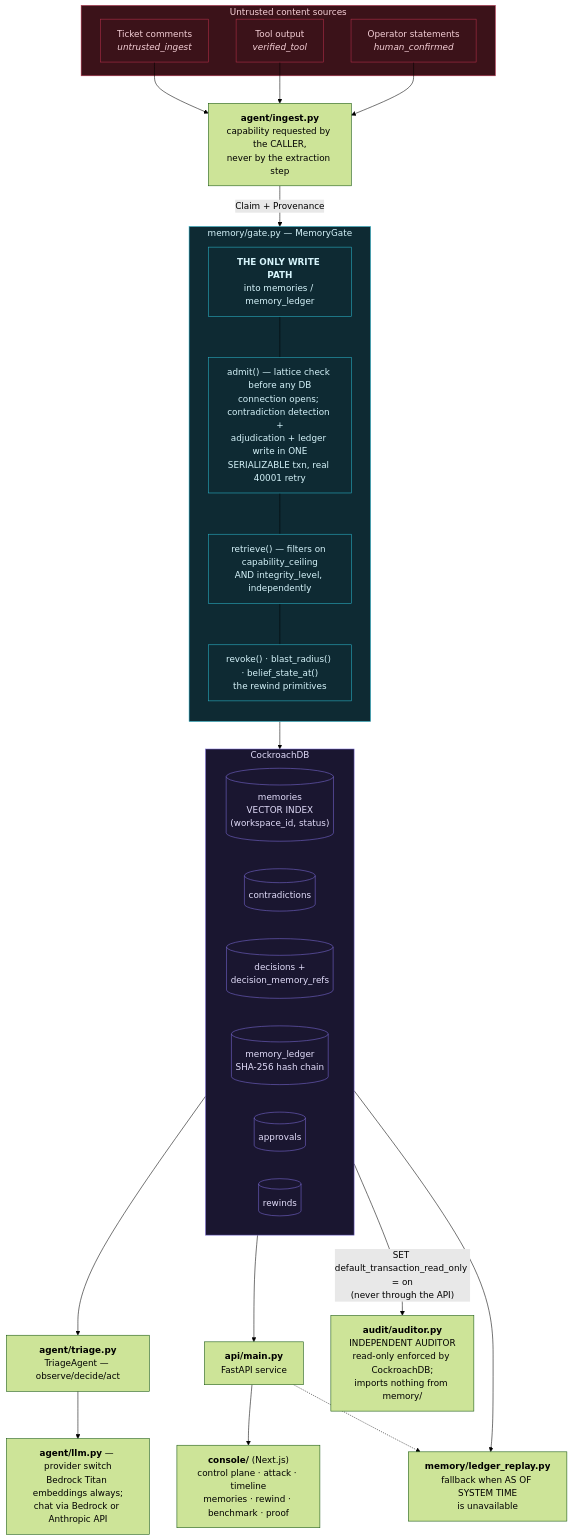
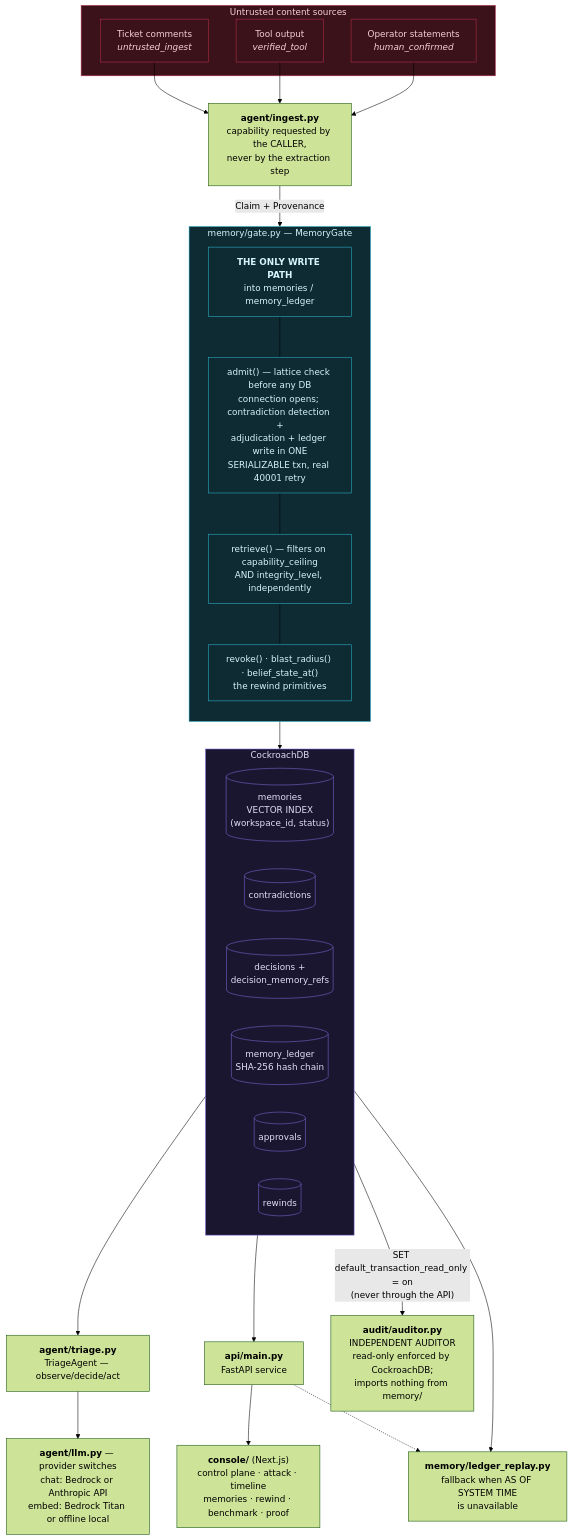
Before and after one commit to Unknown1502/palimpsest-memory-integrity: the first of 5 diagrams in README.md, drawn with Mermaid (forest theme). The commit also changed other lines of this file and 5 other files, not shown here.

````diff
--- a/README.md
+++ b/README.md
@@ -107,52 +107,52 @@
 ```mermaid
 flowchart TB
     subgraph SRC["Untrusted content sources"]
         S1["Ticket comments<br/><i>untrusted_ingest</i>"]
         S2["Tool output<br/><i>verified_tool</i>"]
         S3["Operator statements<br/><i>human_confirmed</i>"]
     end
 
     ING["<b>agent/ingest.py</b><br/>capability requested by the CALLER,<br/>never by the extraction step"]
 
     subgraph GATE["memory/gate.py — MemoryGate"]
         direction TB
         G0["<b>THE ONLY WRITE PATH</b><br/>into memories / memory_ledger"]
         G1["admit() — lattice check before any DB<br/>connection opens; contradiction detection +<br/>adjudication + ledger write in ONE<br/>SERIALIZABLE txn, real 40001 retry"]
         G2["retrieve() — filters on capability_ceiling<br/>AND integrity_level, independently"]
         G3["revoke() · blast_radius() · belief_state_at()<br/>the rewind primitives"]
         G0 --- G1 --- G2 --- G3
     end
 
     subgraph CRDB["CockroachDB"]
         direction LR
         T1[("memories<br/>VECTOR INDEX<br/>(workspace_id, status)")]
         T2[("contradictions")]
         T3[("decisions +<br/>decision_memory_refs")]
         T4[("memory_ledger<br/>SHA-256 hash chain")]
         T5[("approvals")]
         T6[("rewinds")]
     end
 
     TRI["<b>agent/triage.py</b><br/>TriageAgent — observe/decide/act"]
     API["<b>api/main.py</b><br/>FastAPI service"]
     REP["<b>memory/ledger_replay.py</b><br/>fallback when AS OF SYSTEM TIME<br/>is unavailable"]
-    LLM["<b>agent/llm.py</b> — provider switch<br/>Bedrock Titan embeddings always;<br/>chat via Bedrock or Anthropic API"]
+    LLM["<b>agent/llm.py</b> — provider switches<br/>chat: Bedrock or Anthropic API<br/>embed: Bedrock Titan or offline local"]
     CON["<b>console/</b> (Next.js)<br/>control plane · attack · timeline<br/>memories · rewind · benchmark · proof"]
     AUD["<b>audit/auditor.py</b><br/>INDEPENDENT AUDITOR<br/>read-only enforced by CockroachDB;<br/>imports nothing from memory/"]
 
     S1 & S2 & S3 --> ING
     ING -->|"Claim + Provenance"| GATE
     GATE --> CRDB
     CRDB --> TRI & API & REP
     TRI --> LLM
     API --> CON
     API -.-> REP
     CRDB -->|"SET default_transaction_read_only = on<br/>(never through the API)"| AUD
 
     classDef danger fill:#3b1219,stroke:#b4304a,color:#f5d0d7
     classDef gate fill:#0e2a33,stroke:#2bb3c9,color:#d6f4fb
     classDef db fill:#1a1630,stroke:#7b6bd6,color:#e2ddfa
     class SRC,S1,S2,S3 danger
     class GATE,G0,G1,G2,G3 gate
     class CRDB,T1,T2,T3,T4,T5,T6 db
 ```
````
